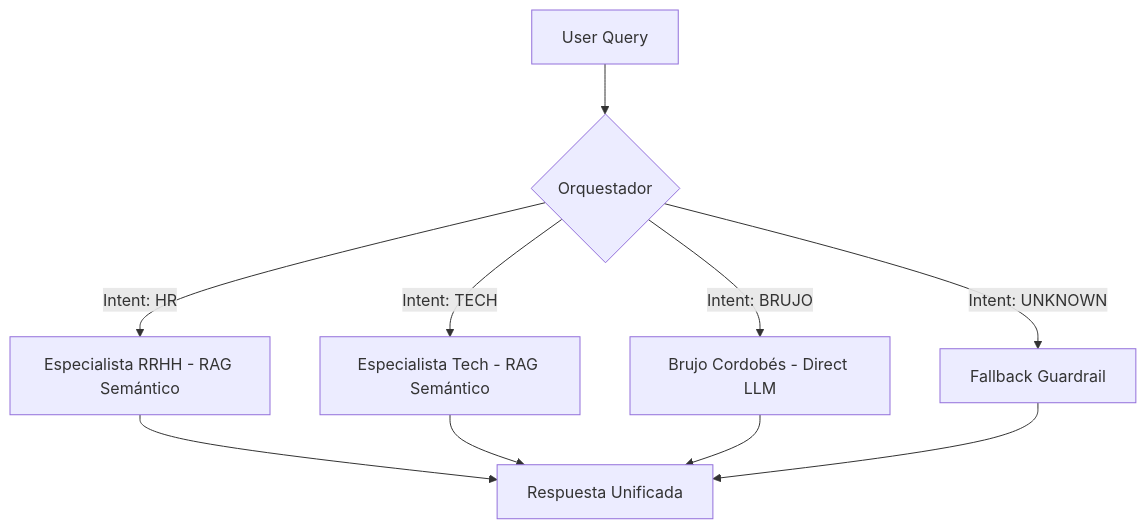
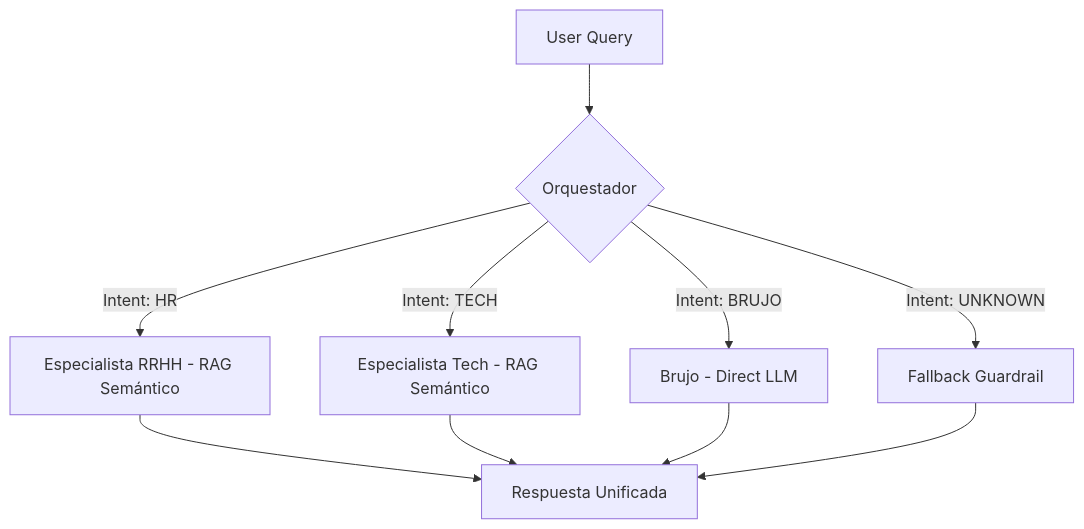
Before and after one commit to Pulpoide/05_project: the diagram in README.md, drawn with Mermaid.

````diff
--- a/README.md
+++ b/README.md
@@ -19,12 +19,12 @@
 ```mermaid
 graph TD
     A[User Query] --> B{Orquestador}
     B -->|Intent: HR| C[Especialista RRHH - RAG Semántico]
     B -->|Intent: TECH| D[Especialista Tech - RAG Semántico]
-    B -->|Intent: BRUJO| E[Brujo Cordobés - Direct LLM]
+    B -->|Intent: BRUJO| E[Brujo - Direct LLM]
     B -->|Intent: UNKNOWN| F[Fallback Guardrail]
     C --> G[Respuesta Unificada]
     D --> G
     E --> G
     F --> G
 ```  
````
